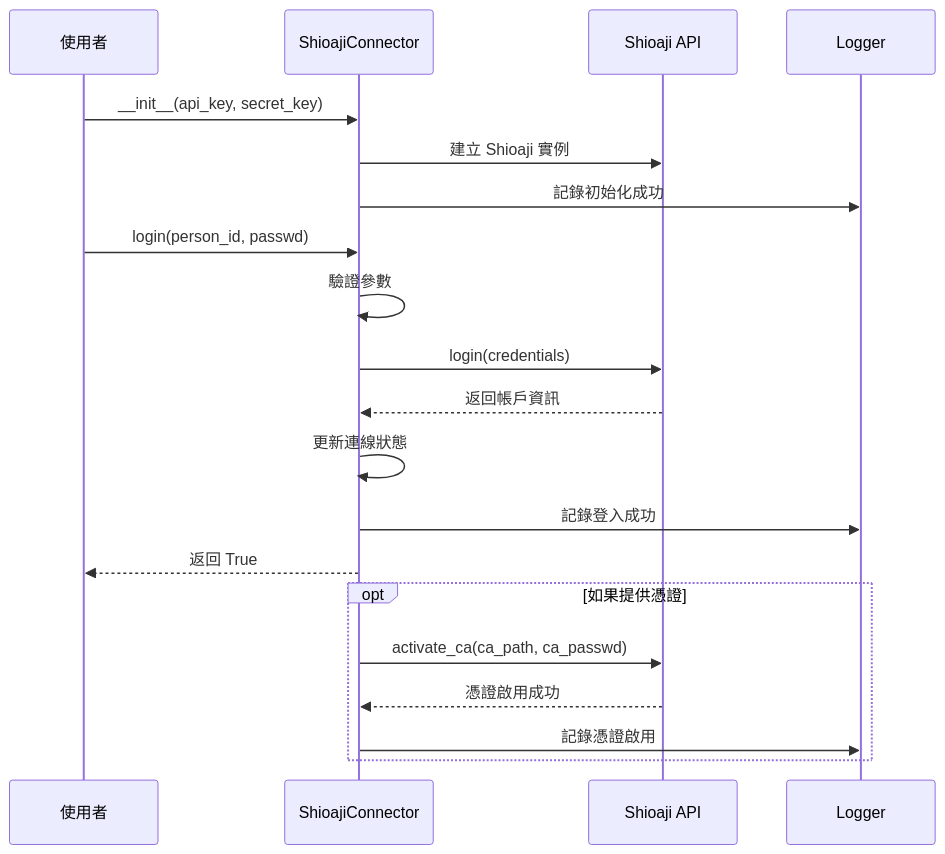
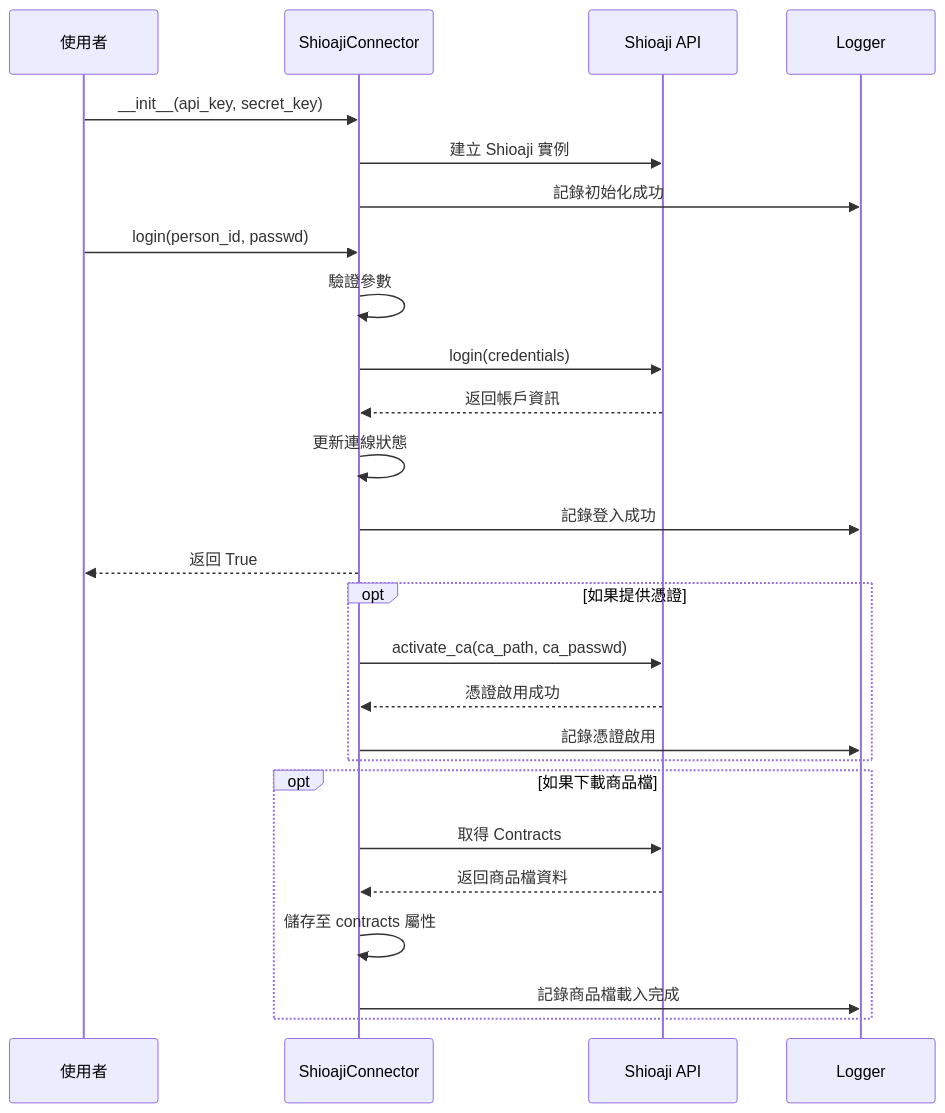
One commit to wu02067602/sample-trading changed the second of 8 diagrams in 類別圖.md. Above: the diagram before and after it, drawn with Mermaid. The commit also changed other lines of this file and 3 other files, not shown here.

````diff
--- a/類別圖.md
+++ b/類別圖.md
@@ -75,25 +102,32 @@
 ```mermaid
 sequenceDiagram
     participant User as 使用者
     participant Connector as ShioajiConnector
     participant API as Shioaji API
     participant Logger as Logger
     
     User->>Connector: __init__(api_key, secret_key)
     Connector->>API: 建立 Shioaji 實例
     Connector->>Logger: 記錄初始化成功
     
     User->>Connector: login(person_id, passwd)
     Connector->>Connector: 驗證參數
     Connector->>API: login(credentials)
     API-->>Connector: 返回帳戶資訊
     Connector->>Connector: 更新連線狀態
     Connector->>Logger: 記錄登入成功
     Connector-->>User: 返回 True
     
     opt 如果提供憑證
         Connector->>API: activate_ca(ca_path, ca_passwd)
         API-->>Connector: 憑證啟用成功
         Connector->>Logger: 記錄憑證啟用
     end
+    
+    opt 如果下載商品檔
+        Connector->>API: 取得 Contracts
+        API-->>Connector: 返回商品檔資料
+        Connector->>Connector: 儲存至 contracts 屬性
+        Connector->>Logger: 記錄商品檔載入完成
+    end
 ```
````
